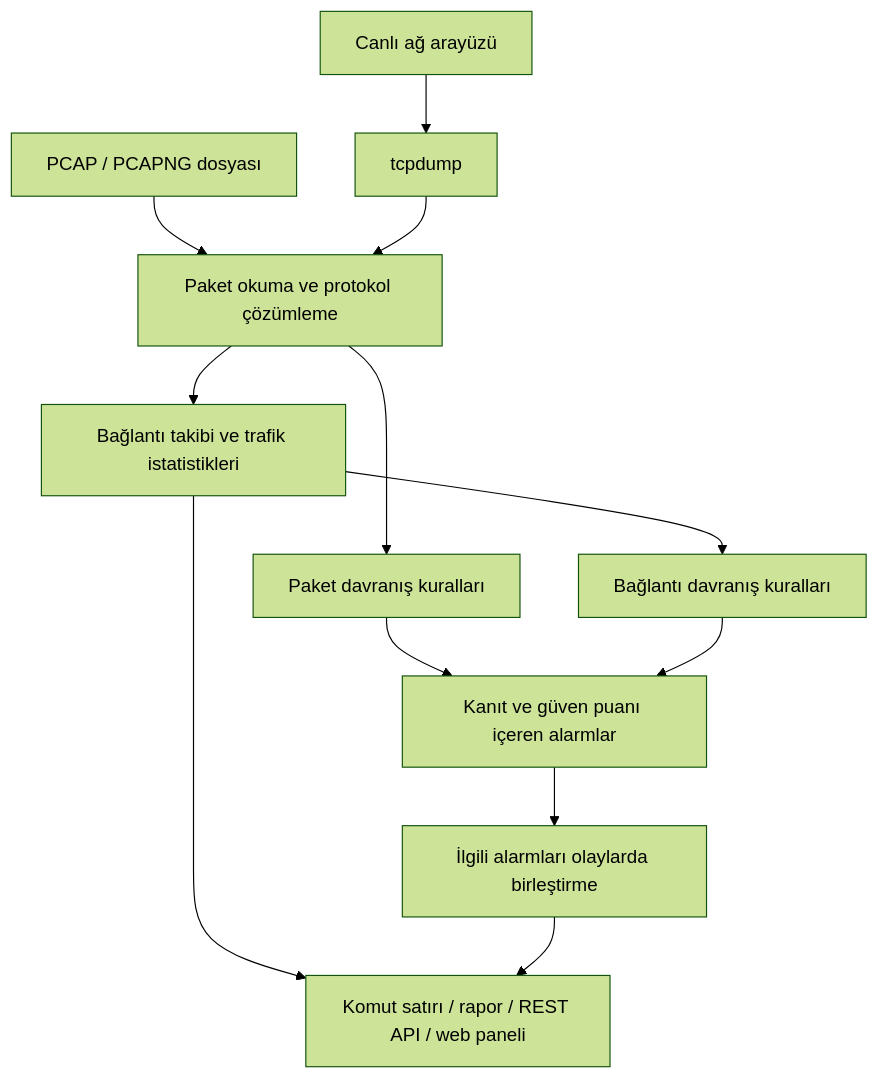
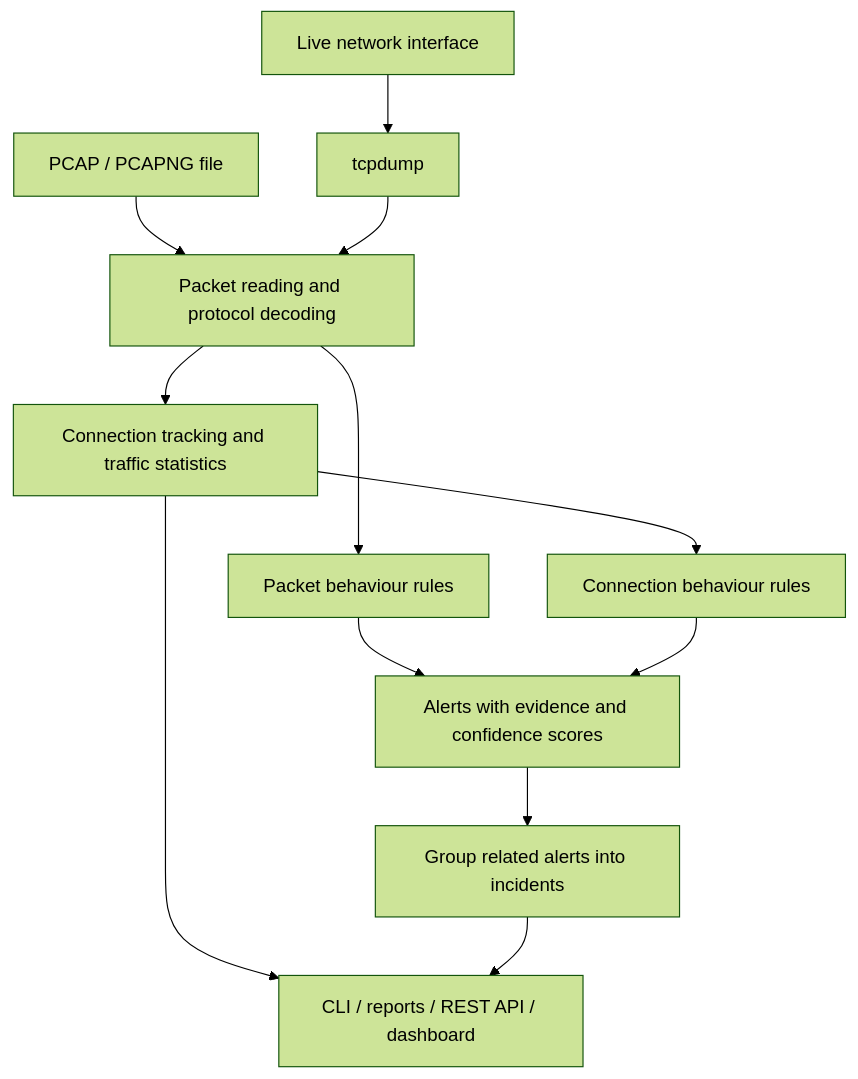
The diagram in README.md (furkan-akkaya/NetGuard), drawn with Mermaid (forest theme) before and after one commit. The commit also changed other lines of this file and 2 other files, not shown here.

````diff
--- a/README.md
+++ b/README.md
@@ -23,13 +24,13 @@
 ```mermaid
 flowchart TD
-    A[PCAP / PCAPNG dosyası] --> C[Paket okuma ve protokol çözümleme]
-    B[Canlı ağ arayüzü] --> T[tcpdump] --> C
-    C --> D[Bağlantı takibi ve trafik istatistikleri]
-    C --> E[Paket davranış kuralları]
-    D --> F[Bağlantı davranış kuralları]
-    E --> G[Kanıt ve güven puanı içeren alarmlar]
+    A[PCAP / PCAPNG file] --> C[Packet reading and protocol decoding]
+    B[Live network interface] --> T[tcpdump] --> C
+    C --> D[Connection tracking and traffic statistics]
+    C --> E[Packet behaviour rules]
+    D --> F[Connection behaviour rules]
+    E --> G[Alerts with evidence and confidence scores]
     F --> G
-    G --> H[İlgili alarmları olaylarda birleştirme]
-    D --> I[Komut satırı / rapor / REST API / web paneli]
+    G --> H[Group related alerts into incidents]
+    D --> I[CLI / reports / REST API / dashboard]
     H --> I
 ```
````
